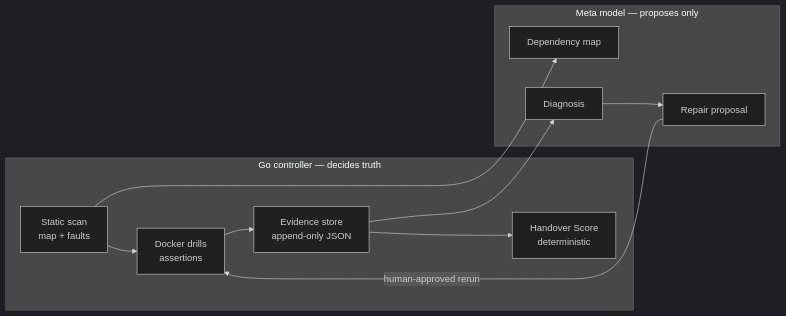
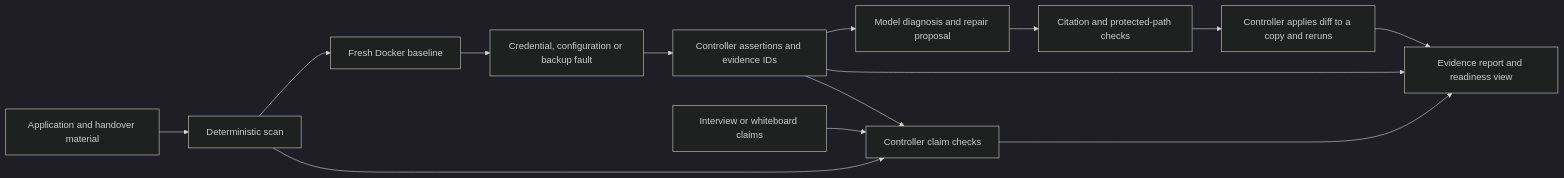
One commit to gowtham472/handoffproof changed the diagram in README.md. Above: the diagram before and after it, drawn with Mermaid (dark theme). The commit also changed other lines of this file and 2 other files, not shown here.

````diff
--- a/README.md
+++ b/README.md
@@ -57,21 +81,16 @@
 ```mermaid
 flowchart LR
-    subgraph Controller["Go controller — decides truth"]
-        Scan["Static scan<br>map + faults"]
-        Drill["Docker drills<br>assertions"]
-        Evidence["Evidence store<br>append-only JSON"]
-        Score["Handover Score<br>deterministic"]
-    end
-
-    subgraph Model["Meta model — proposes only"]
-        Map["Dependency map"]
-        Diagnose["Diagnosis"]
-        Repair["Repair proposal"]
-    end
-
-    Scan --> Drill --> Evidence --> Score
-    Evidence --> Diagnose
-    Scan --> Map
-    Diagnose --> Repair
-    Repair -->|"human-approved rerun"| Drill
+    Source["Application and handover material"] --> Scan["Deterministic scan"]
+    Scan --> Baseline["Fresh Docker baseline"]
+    Baseline --> Fault["Credential, configuration or backup fault"]
+    Fault --> Evidence["Controller assertions and evidence IDs"]
+    Evidence --> Model["Model diagnosis and repair proposal"]
+    Model --> Checks["Citation and protected-path checks"]
+    Checks --> Rerun["Controller applies diff to a copy and reruns"]
+    Evidence --> Report["Evidence report and readiness view"]
+    Rerun --> Report
+    Interview["Interview or whiteboard claims"] --> ClaimCheck["Controller claim checks"]
+    Scan --> ClaimCheck
+    Evidence --> ClaimCheck
+    ClaimCheck --> Report
 ```
````
